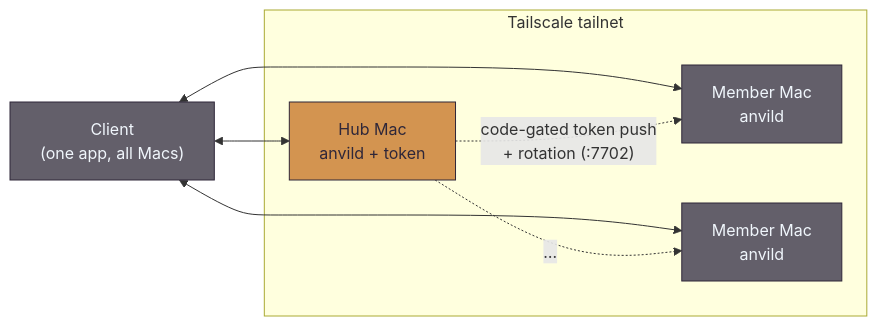
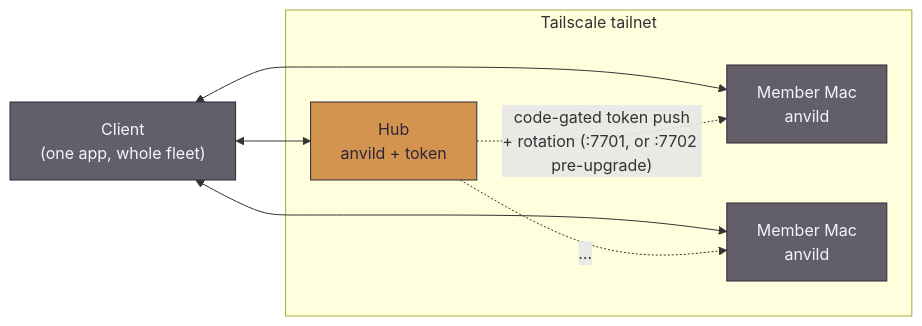
Before and after one commit to gte619n/anvil: the sixth of 6 diagrams in docs/ARCHITECTURE.md, drawn with Mermaid. The commit also changed other lines of this file and 34 other files, not shown here.

First line of the commit message:
feat(anvild): tokenless boot + in-UI fleet pairing (headless join) (#147)

````diff
--- a/docs/ARCHITECTURE.md
+++ b/docs/ARCHITECTURE.md
@@ -302,18 +313,18 @@
 ```mermaid
 flowchart LR
-    client["Client<br/>(one app, all Macs)"]
+    client["Client<br/>(one app, whole fleet)"]
     subgraph tailnet["Tailscale tailnet"]
-        hub["Hub Mac<br/>anvild + token"]
+        hub["Hub<br/>anvild + token"]
         m1["Member Mac<br/>anvild"]
         m2["Member Mac<br/>anvild"]
     end
     client <--> hub
     client <--> m1
     client <--> m2
-    hub -.->|"code-gated token push<br/>+ rotation (:7702)"| m1
+    hub -.->|"code-gated token push<br/>+ rotation (:7701, or :7702 pre-upgrade)"| m1
     hub -.->|"…"| m2
     classDef n fill:#635F6A,stroke:#2F2739,color:#F0F6FC;
     classDef h fill:#D39450,stroke:#2F2739,color:#2F2739;
     class m1,m2,client n;
     class hub h;
 ```
````
